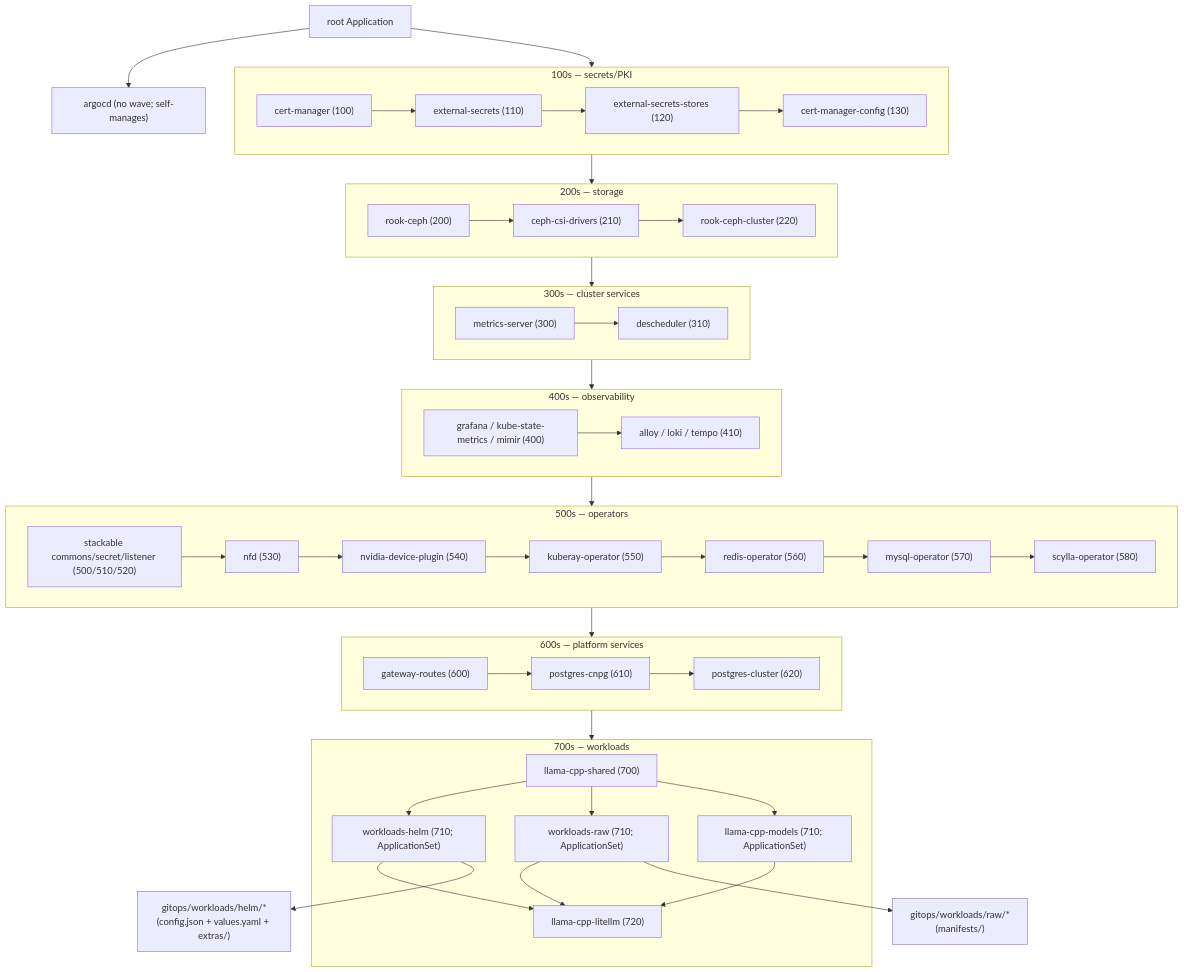
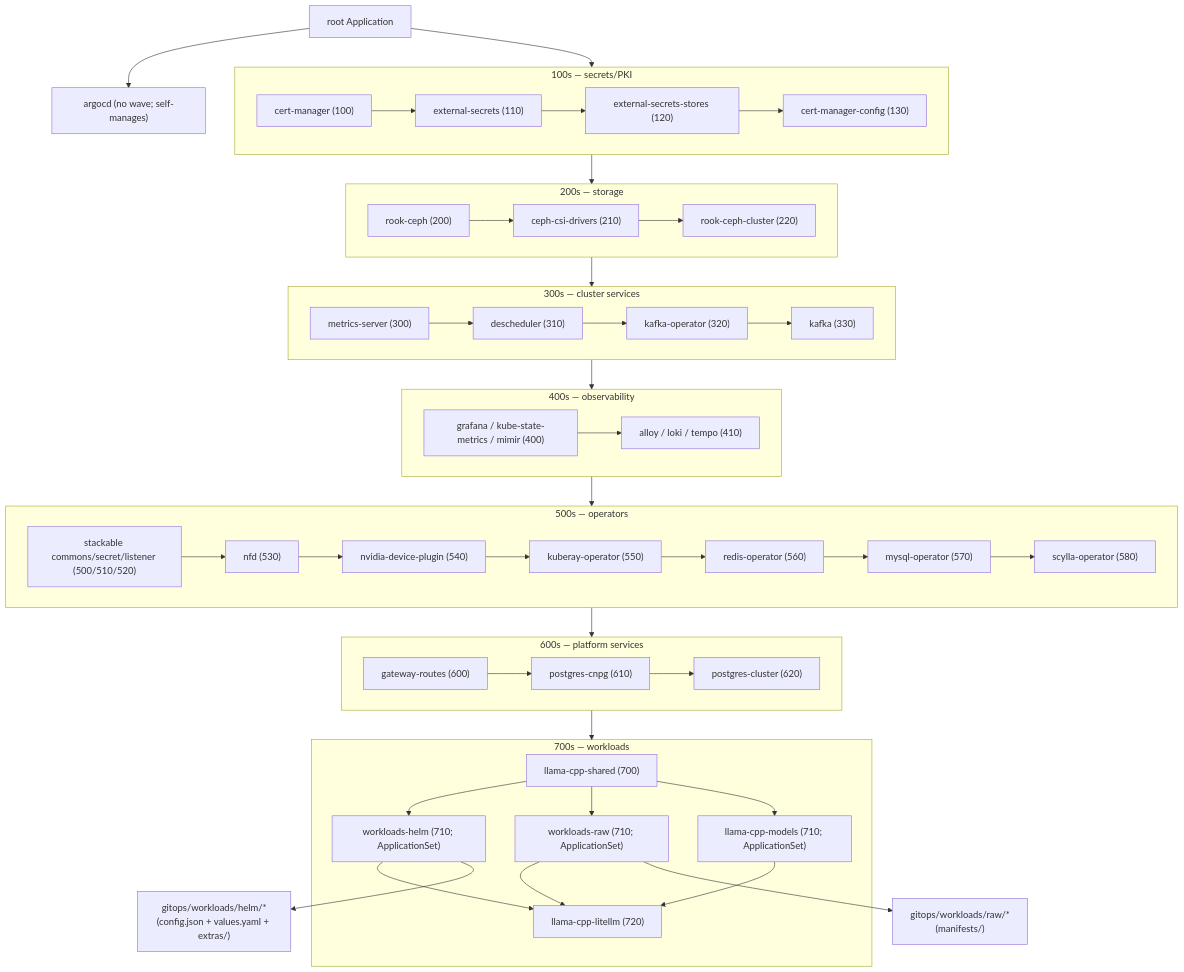
The diagram in README.md (hangxie/homelab), drawn with Mermaid before and after one commit.

Commit message:
Add the Kafka waves to the README diagram
kafka-operator (320) and kafka (330) were missing from the 300s
subgraph, which listed only metrics-server and descheduler.

````diff
--- a/README.md
+++ b/README.md
@@ -32,59 +32,61 @@
 ```mermaid
 flowchart TD
     root["root Application"]
     argocd["argocd (no wave; self-manages)"]
     root --> argocd
     root --> secrets
 
     subgraph secrets["100s — secrets/PKI"]
         cert-manager["cert-manager (100)"] --> external-secrets["external-secrets (110)"]
         external-secrets --> stores["external-secrets-stores (120)"]
         stores --> cm-config["cert-manager-config (130)"]
     end
 
     subgraph storage["200s — storage"]
         rook-ceph["rook-ceph (200)"] --> csi["ceph-csi-drivers (210)"]
         csi --> ceph-cluster["rook-ceph-cluster (220)"]
     end
 
     subgraph cluster-svcs["300s — cluster services"]
         metrics-server["metrics-server (300)"] --> descheduler["descheduler (310)"]
+        descheduler --> kafka-operator["kafka-operator (320)"]
+        kafka-operator --> kafka["kafka (330)"]
     end
 
     subgraph observability["400s — observability"]
         metrics["grafana / kube-state-metrics / mimir (400)"] --> telemetry["alloy / loki / tempo (410)"]
     end
 
     subgraph operators["500s — operators"]
         stackable["stackable commons/secret/listener (500/510/520)"] --> nfd["nfd (530)"]
         nfd --> nvidia["nvidia-device-plugin (540)"]
         nvidia --> kuberay["kuberay-operator (550)"]
         kuberay --> redis-op["redis-operator (560)"]
         redis-op --> mysql-op["mysql-operator (570)"]
         mysql-op --> scylla-op["scylla-operator (580)"]
     end
 
     subgraph platform-svcs["600s — platform services"]
         gateway-routes["gateway-routes (600)"] --> cnpg["postgres-cnpg (610)"]
         cnpg --> pg-cluster["postgres-cluster (620)"]
     end
 
     subgraph workloads["700s — workloads"]
         llama-shared["llama-cpp-shared (700)"]
         wl-helm["workloads-helm (710; ApplicationSet)"]
         wl-raw["workloads-raw (710; ApplicationSet)"]
         llama-models["llama-cpp-models (710; ApplicationSet)"]
         litellm["llama-cpp-litellm (720)"]
         llama-shared --> wl-helm
         llama-shared --> wl-raw
         llama-shared --> llama-models
         wl-helm --> litellm
         wl-raw --> litellm
         llama-models --> litellm
     end
 
     secrets --> storage --> cluster-svcs --> observability --> operators --> platform-svcs --> workloads
 
     wl-helm --> helm-apps["gitops/workloads/helm/*<br>(config.json + values.yaml + extras/)"]
     wl-raw --> raw-apps["gitops/workloads/raw/*<br>(manifests/)"]
 ```
````
